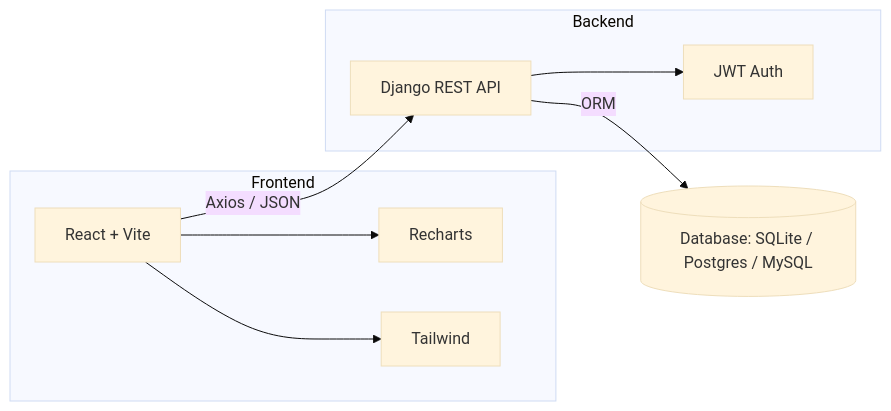
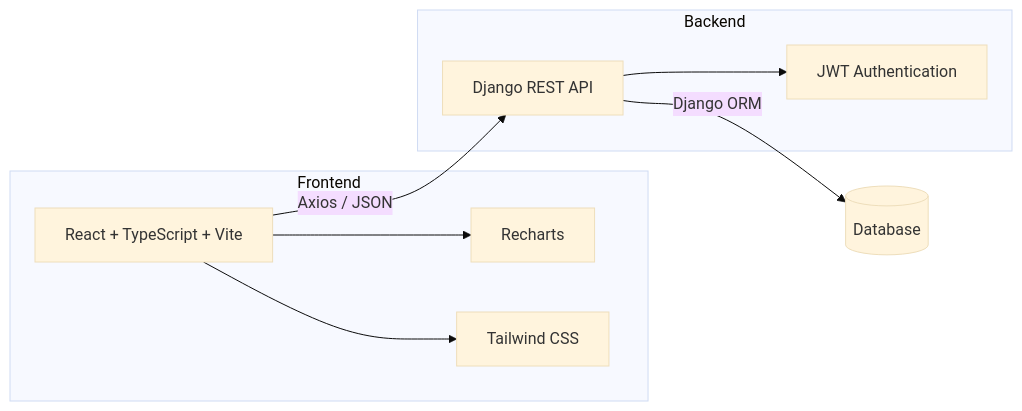
One commit to theakp03/Expense_Tracker changed the diagram in README.md. Above: the diagram before and after it, drawn with Mermaid (base theme). The commit also changed other lines of this file, not shown here.

````diff
--- a/README.md
+++ b/README.md
@@ -117,21 +159,22 @@
 ```mermaid
 flowchart LR
-  subgraph Frontend
-    A[React + Vite]
-    D[Recharts]
-    E[Tailwind]
-  end
 
-  subgraph Backend
-    B[Django REST API]
-    F[JWT Auth]
-  end
+    subgraph Frontend
+        A[React + TypeScript + Vite]
+        D[Recharts]
+        E[Tailwind CSS]
+    end
 
-  C[(Database: SQLite / Postgres / MySQL)]
+    subgraph Backend
+        B[Django REST API]
+        F[JWT Authentication]
+    end
 
-  A -->|Axios / JSON| B
-  B -->|ORM| C
-  A --> D
-  A --> E
-  B --> F
+    C[(Database)]
+
+    A -->|Axios / JSON| B
+    B -->|Django ORM| C
+    A --> D
+    A --> E
+    B --> F
 ```
````
